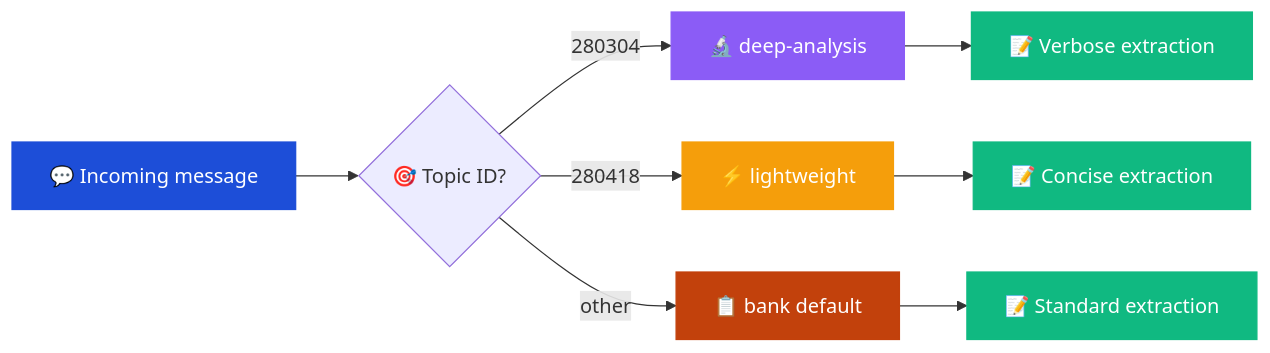
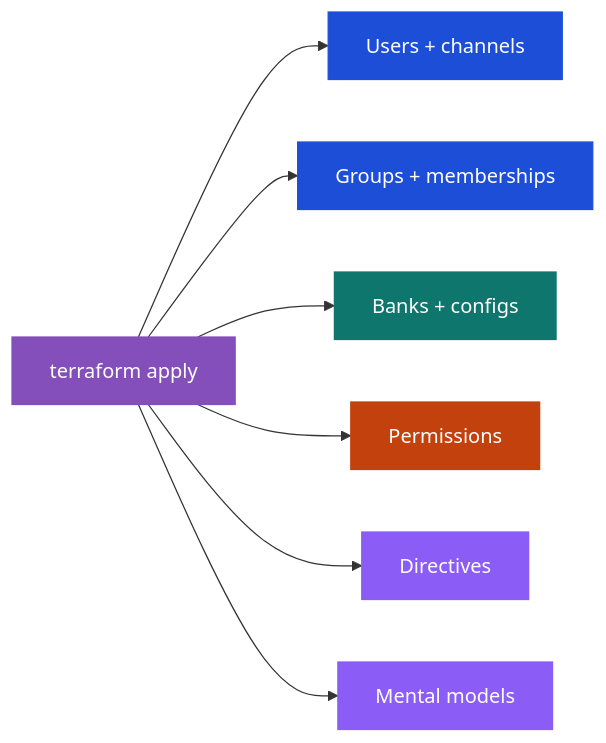
Before and after one commit to mrkhachaturov/hindclaw: the fourth of 7 diagrams in README.md, drawn with Mermaid. The commit also changed other lines of this file and 8 other files, not shown here.

First line of the commit message:
docs: update docs for server-side architecture and Terraform provider

````diff
--- a/README.md
+++ b/README.md
@@ -140,18 +153,17 @@
 ```mermaid
 graph LR
-    MSG["💬 Incoming message"] --> TOPIC{"🎯 Topic ID?"}
-    TOPIC -->|280304| DEEP["🔬 deep-analysis"]
-    TOPIC -->|280418| LIGHT["⚡ lightweight"]
-    TOPIC -->|other| DEFAULT["📋 bank default"]
-    DEEP --> RETAIN1["📝 Verbose extraction"]
-    LIGHT --> RETAIN2["📝 Concise extraction"]
-    DEFAULT --> RETAIN3["📝 Standard extraction"]
+    TF["terraform apply"] --> USERS["Users + channels"]
+    TF --> GROUPS["Groups + memberships"]
+    TF --> BANKS["Banks + configs"]
+    TF --> PERMS["Permissions"]
+    TF --> DIR["Directives"]
+    TF --> MM["Mental models"]
 
-    style MSG fill:#1d4ed8,color:#fff,stroke:#1d4ed8
-    style DEEP fill:#8b5cf6,color:#fff,stroke:#8b5cf6
-    style LIGHT fill:#f59e0b,color:#fff,stroke:#f59e0b
-    style DEFAULT fill:#c2410c,color:#fff,stroke:#c2410c
-    style RETAIN1 fill:#10b981,color:#fff,stroke:#10b981
-    style RETAIN2 fill:#10b981,color:#fff,stroke:#10b981
-    style RETAIN3 fill:#10b981,color:#fff,stroke:#10b981
+    style TF fill:#844FBA,color:#fff,stroke:#844FBA
+    style USERS fill:#1d4ed8,color:#fff,stroke:#1d4ed8
+    style GROUPS fill:#1d4ed8,color:#fff,stroke:#1d4ed8
+    style BANKS fill:#0f766e,color:#fff,stroke:#0f766e
+    style PERMS fill:#c2410c,color:#fff,stroke:#c2410c
+    style DIR fill:#8b5cf6,color:#fff,stroke:#8b5cf6
+    style MM fill:#8b5cf6,color:#fff,stroke:#8b5cf6
 ```
````
